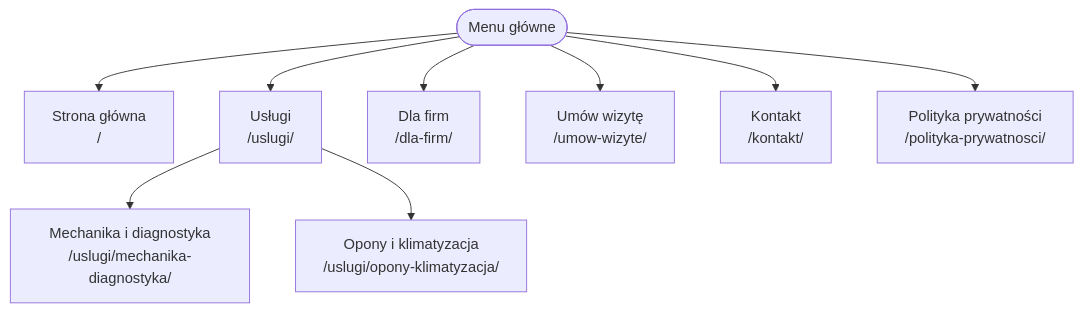
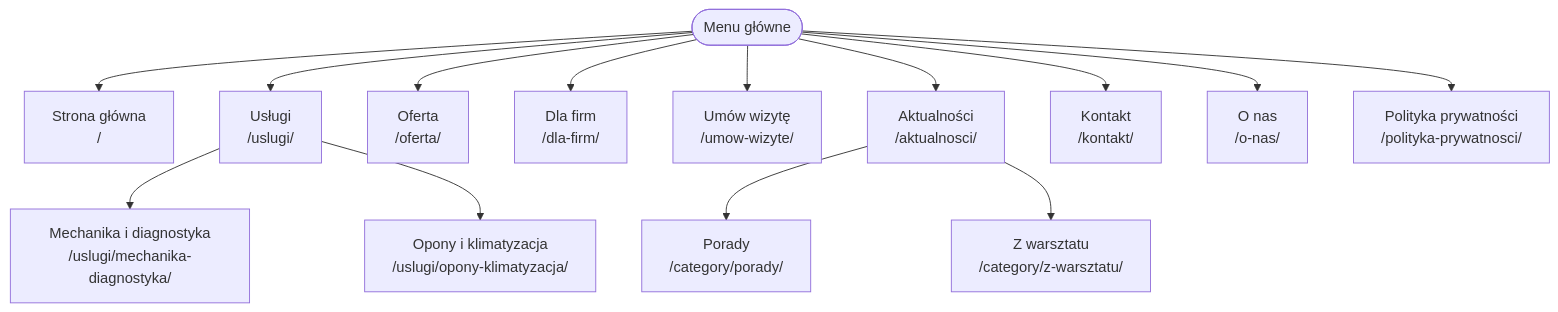
The diagram in README.md (waldemar-grabowski/cms-lab), drawn with Mermaid before and after one commit. The commit also changed other lines of this file and 60 other files, not shown here.

````diff
--- a/README.md
+++ b/README.md
@@ -21,12 +21,17 @@
 ```mermaid
 flowchart TD
   M(["Menu główne"])
   M --> H["Strona główna<br>/"]
   M --> U["Usługi<br>/uslugi/"]
+  M --> O["Oferta<br>/oferta/"]
   M --> F["Dla firm<br>/dla-firm/"]
   M --> W["Umów wizytę<br>/umow-wizyte/"]
+  M --> A["Aktualności<br>/aktualnosci/"]
   M --> K["Kontakt<br>/kontakt/"]
+  M --> N["O nas<br>/o-nas/"]
   M --> P["Polityka prywatności<br>/polityka-prywatnosci/"]
   U --> U1["Mechanika i diagnostyka<br>/uslugi/mechanika-diagnostyka/"]
   U --> U2["Opony i klimatyzacja<br>/uslugi/opony-klimatyzacja/"]
+  A --> A1["Porady<br>/category/porady/"]
+  A --> A2["Z warsztatu<br>/category/z-warsztatu/"]
 ```
````
